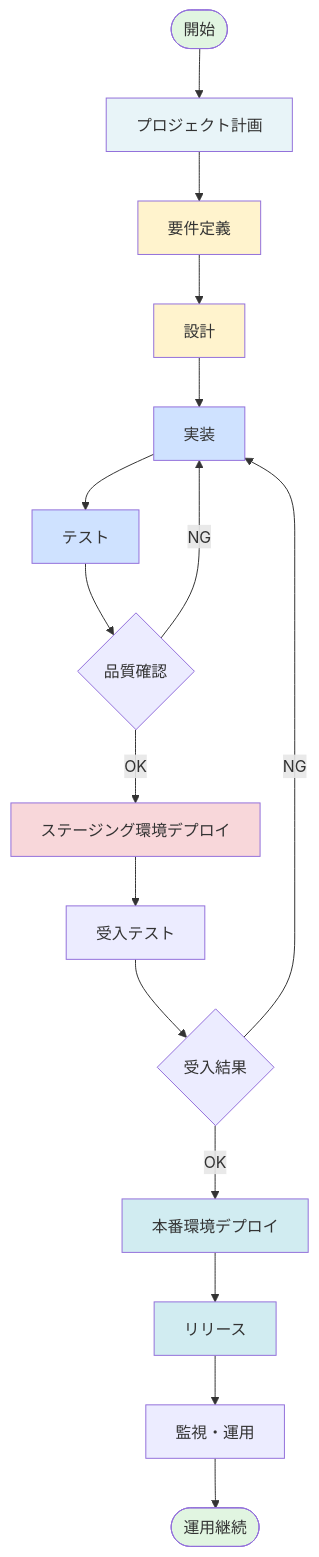
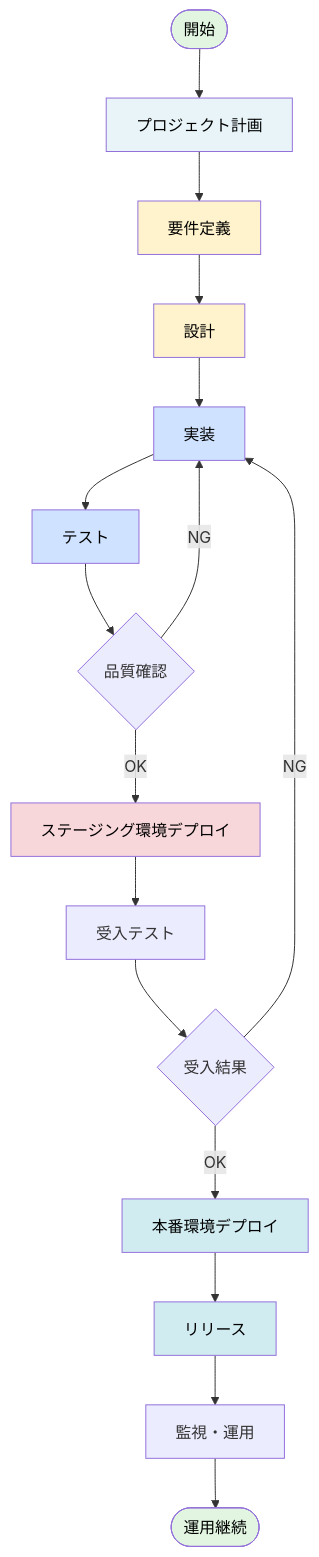
One commit to yusuke-kadosawa/group-member-list changed the first of 10 diagrams in specifications/standard-development-process.md. Above: the diagram before and after it, drawn with Mermaid. The commit also changed other lines of this file and 2 other files, not shown here.

Commit message:
updProcessOverview

````diff
--- a/specifications/standard-development-process.md
+++ b/specifications/standard-development-process.md
@@ -5,29 +5,29 @@
 ```mermaid
 graph TB
     Start([開始]) --> Planning[プロジェクト計画]
     Planning --> Requirements[要件定義]
     Requirements --> Design[設計]
     Design --> Implementation[実装]
     Implementation --> Testing[テスト]
     Testing --> Review{品質確認}
     Review -->|NG| Implementation
     Review -->|OK| Staging[ステージング環境デプロイ]
     Staging --> UAT[受入テスト]
     UAT --> UATReview{受入結果}
     UATReview -->|NG| Implementation
     UATReview -->|OK| Production[本番環境デプロイ]
     Production --> Release[リリース]
     Release --> Monitor[監視・運用]
     Monitor --> End([運用継続])
 
-    style Start fill:#e1f5e1
-    style Planning fill:#e8f4f8
-    style Requirements fill:#fff3cd
-    style Design fill:#fff3cd
-    style Implementation fill:#cfe2ff
-    style Testing fill:#cfe2ff
-    style Staging fill:#f8d7da
-    style Production fill:#d1ecf1
-    style Release fill:#d1ecf1
-    style End fill:#e1f5e1
+    style Start fill:#e1f5e1,color:#000
+    style Planning fill:#e8f4f8,color:#000
+    style Requirements fill:#fff3cd,color:#000
+    style Design fill:#fff3cd,color:#000
+    style Implementation fill:#cfe2ff,color:#000
+    style Testing fill:#cfe2ff,color:#000
+    style Staging fill:#f8d7da,color:#000
+    style Production fill:#d1ecf1,color:#000
+    style Release fill:#d1ecf1,color:#000
+    style End fill:#e1f5e1,color:#000
 ```
````
